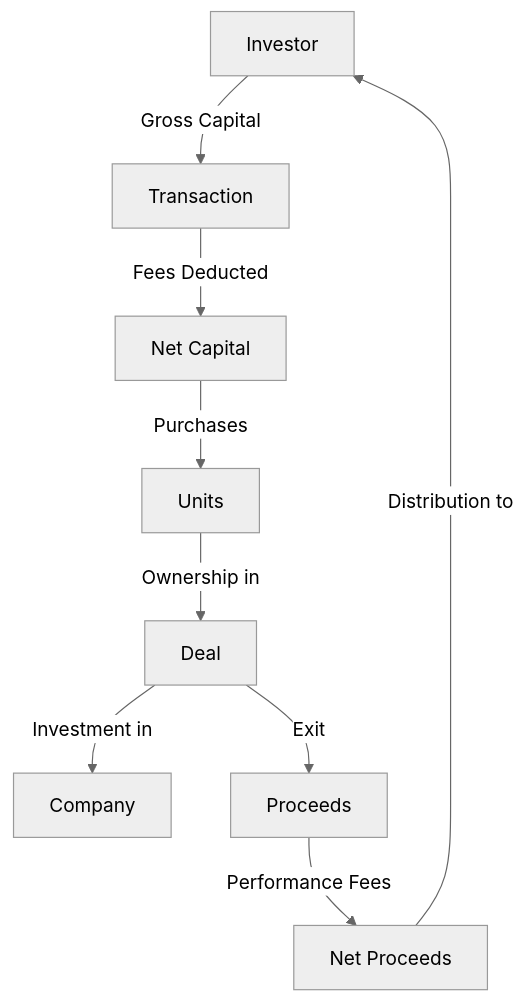
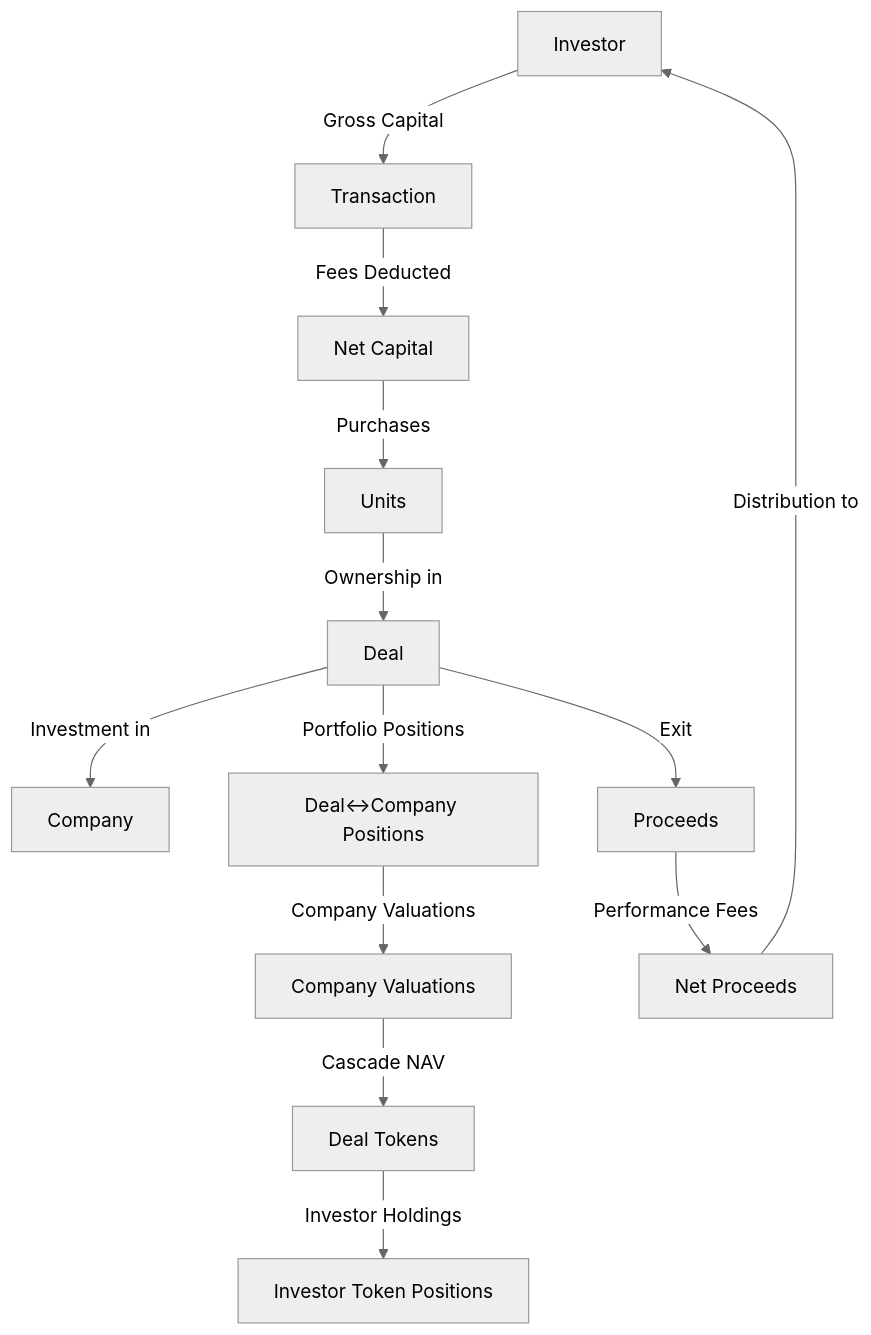
One commit to ahamawy/fiveseptemberlaunch changed the diagram in EQUITIELOGIC/BUSINESS_GLOSSARY.md. Above: the diagram before and after it, drawn with Mermaid (neutral theme). The commit also changed other lines of this file and 1 other file, not shown here.

Commit message:
docs(EQUITIELOGIC): update enums and glossary for NC entry points and portfolio NAV cascade

````diff
--- a/EQUITIELOGIC/BUSINESS_GLOSSARY.md
+++ b/EQUITIELOGIC/BUSINESS_GLOSSARY.md
@@ -19,11 +19,15 @@
 ```mermaid
 graph TD
     I[Investor] -->|Gross Capital| T[Transaction]
     T -->|Fees Deducted| NC[Net Capital]
     NC -->|Purchases| U[Units]
     U -->|Ownership in| D[Deal]
     D -->|Investment in| C[Company]
+    D -->|Portfolio Positions| PCP[Deal↔Company Positions]
+    PCP -->|Company Valuations| CV[Company Valuations]
+    CV -->|Cascade NAV| DT[Deal Tokens]
+    DT -->|Investor Holdings| ITP[Investor Token Positions]
     D -->|Exit| P[Proceeds]
     P -->|Performance Fees| NP[Net Proceeds]
     NP -->|Distribution to| I
 ```
````
